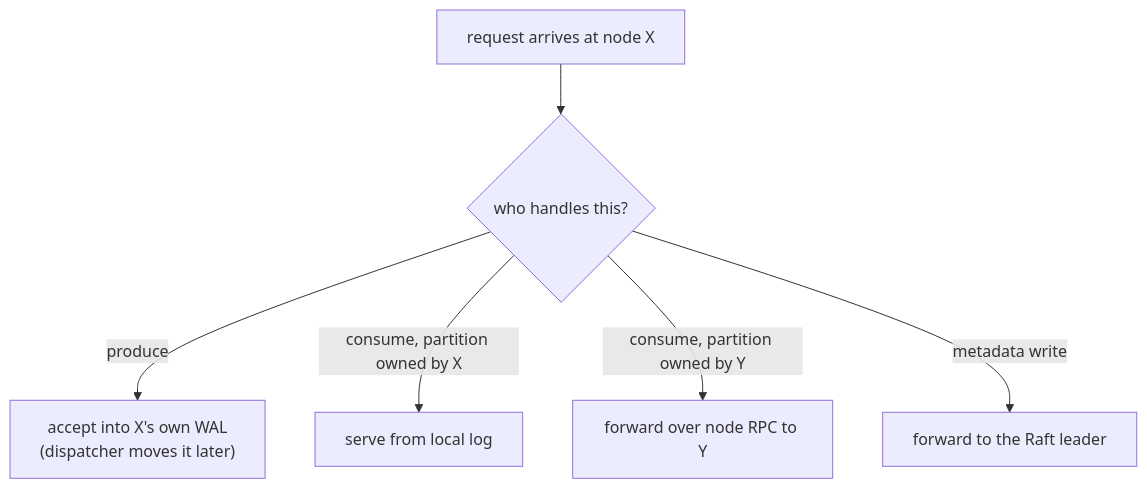
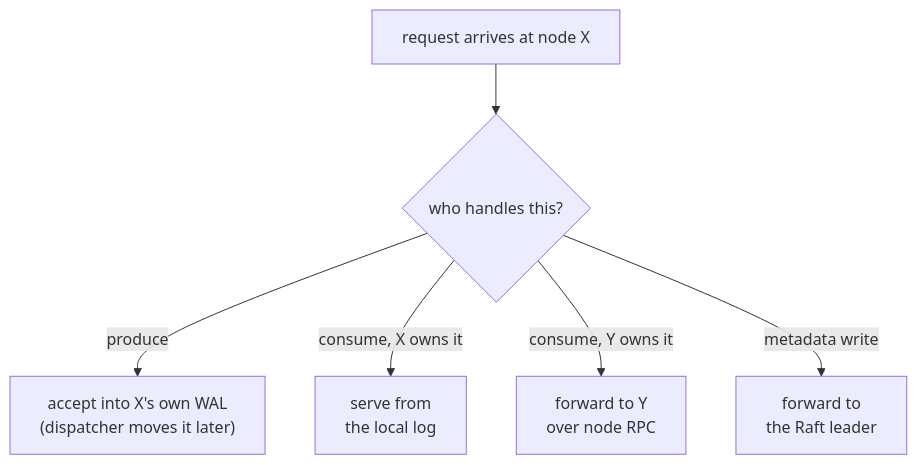
One commit to DebanganThakuria/narad changed the second of 2 diagrams in docs/understand/networking-and-security.md. Above: the diagram before and after it, drawn with Mermaid. The commit also changed 44 other files, not shown here.

````diff
--- a/docs/understand/networking-and-security.md
+++ b/docs/understand/networking-and-security.md
@@ -56,10 +56,10 @@
 ```mermaid
 flowchart TD
     accTitle: How a node routes a request
     accDescr: A request arrives at node X. A produce is accepted into X's own WAL, and the dispatcher moves it later. A consume for a partition X owns is served from the local log. A consume for a partition node Y owns is forwarded to Y over node RPC. A metadata write is forwarded to the Raft leader.
     REQ[request arrives at node X] --> Q{who handles this?}
     Q -->|"produce"| WAL["accept into X's own WAL<br/>(dispatcher moves it later)"]
-    Q -->|"consume, partition owned by X"| LOCAL[serve from local log]
-    Q -->|"consume, partition owned by Y"| FWD[forward over node RPC to Y]
-    Q -->|"metadata write"| LEADER[forward to the Raft leader]
+    Q -->|"consume, X owns it"| LOCAL["serve from<br/>the local log"]
+    Q -->|"consume, Y owns it"| FWD["forward to Y<br/>over node RPC"]
+    Q -->|"metadata write"| LEADER["forward to<br/>the Raft leader"]
 ```
````
